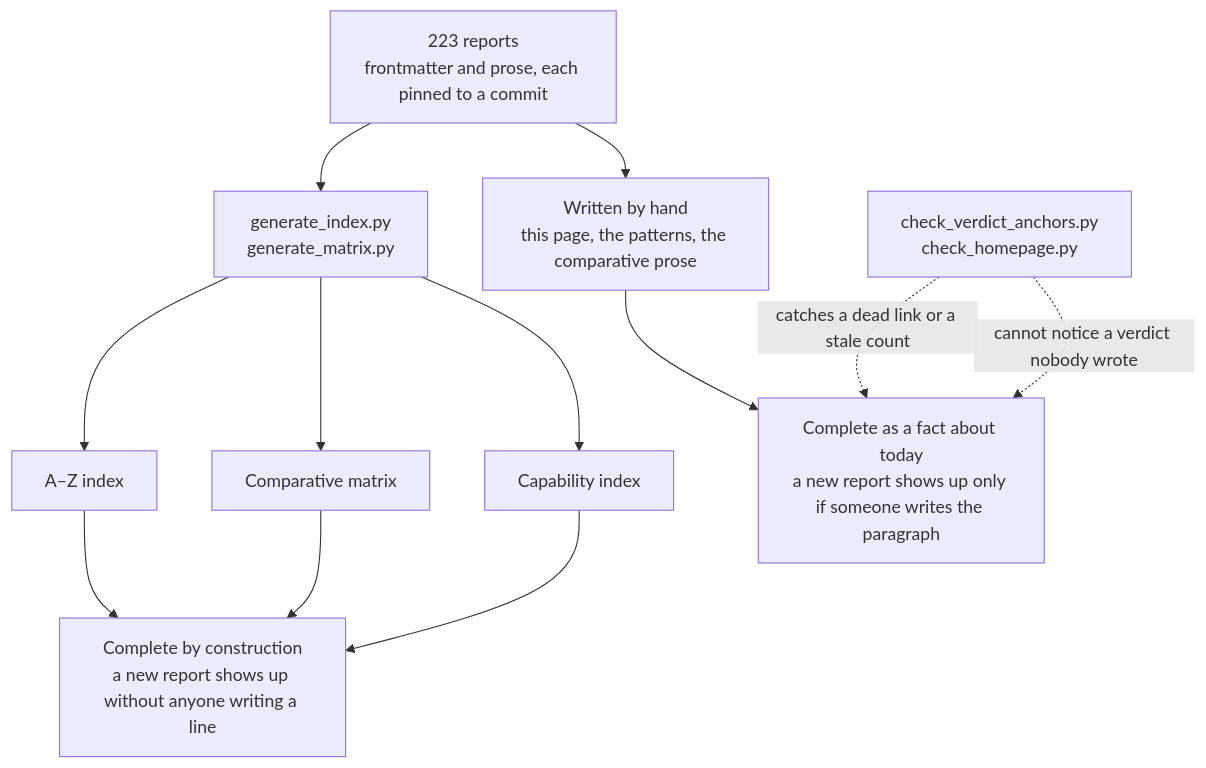
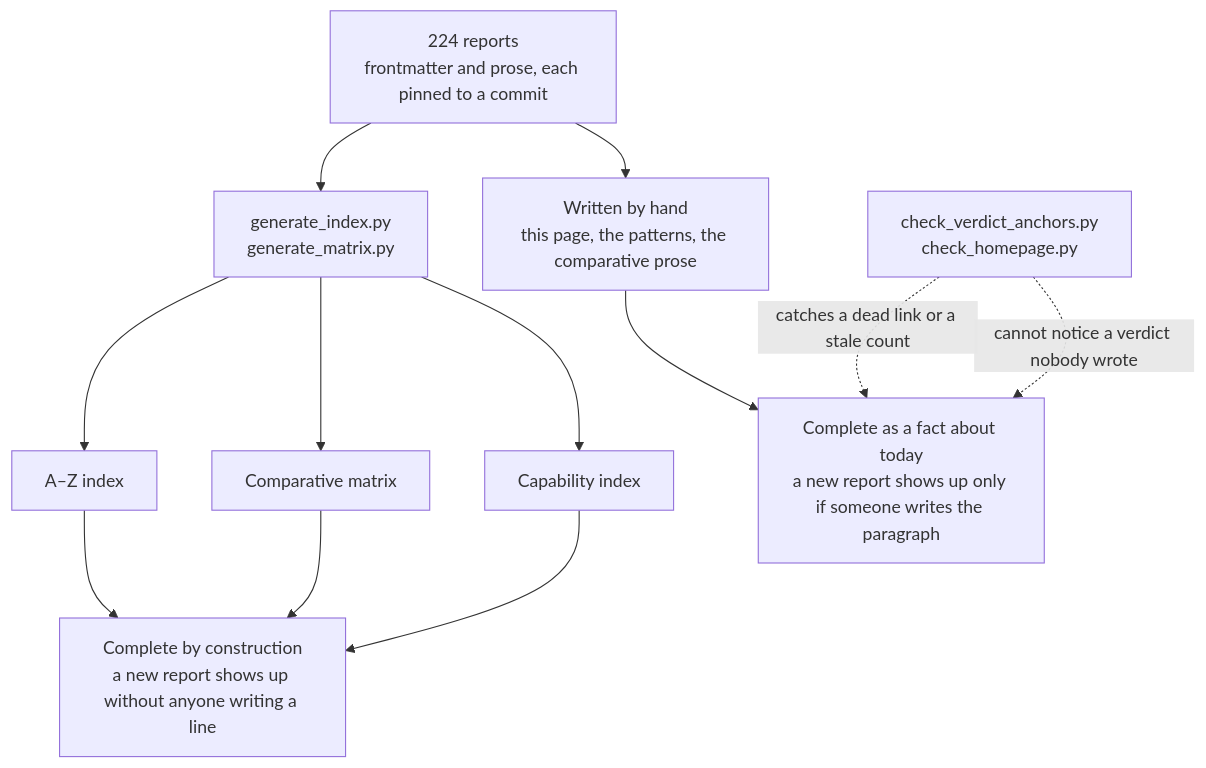
One commit to neoneye/agent-memory-atlas changed the diagram in content/verdicts.md. Above: the diagram before and after it, drawn with Mermaid. The commit also changed other lines of this file and 19 other files, not shown here.

````diff
--- a/content/verdicts.md
+++ b/content/verdicts.md
@@ -40,15 +40,15 @@
 ```mermaid
 flowchart TD
-    R["223 reports<br/>frontmatter and prose, each pinned to a commit"]
+    R["224 reports<br/>frontmatter and prose, each pinned to a commit"]
     R --> GEN["generate_index.py<br/>generate_matrix.py"]
     R --> HAND["Written by hand<br/>this page, the patterns, the comparative prose"]
     GEN --> AZ["A–Z index"]
     GEN --> MX["Comparative matrix"]
     GEN --> CI["Capability index"]
     AZ --> CONST["Complete by construction<br/>a new report shows up without anyone writing a line"]
     MX --> CONST
     CI --> CONST
     HAND --> TODAY["Complete as a fact about today<br/>a new report shows up only if someone writes the paragraph"]
     CHK["check_verdict_anchors.py<br/>check_homepage.py"] -.->|"catches a dead link or a stale count"| TODAY
     CHK -.->|"cannot notice a verdict nobody wrote"| TODAY
 ```
````
